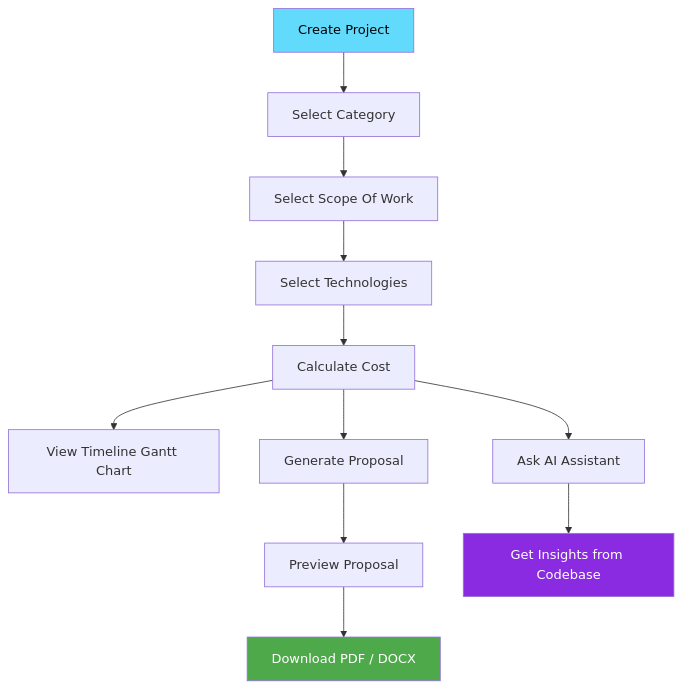
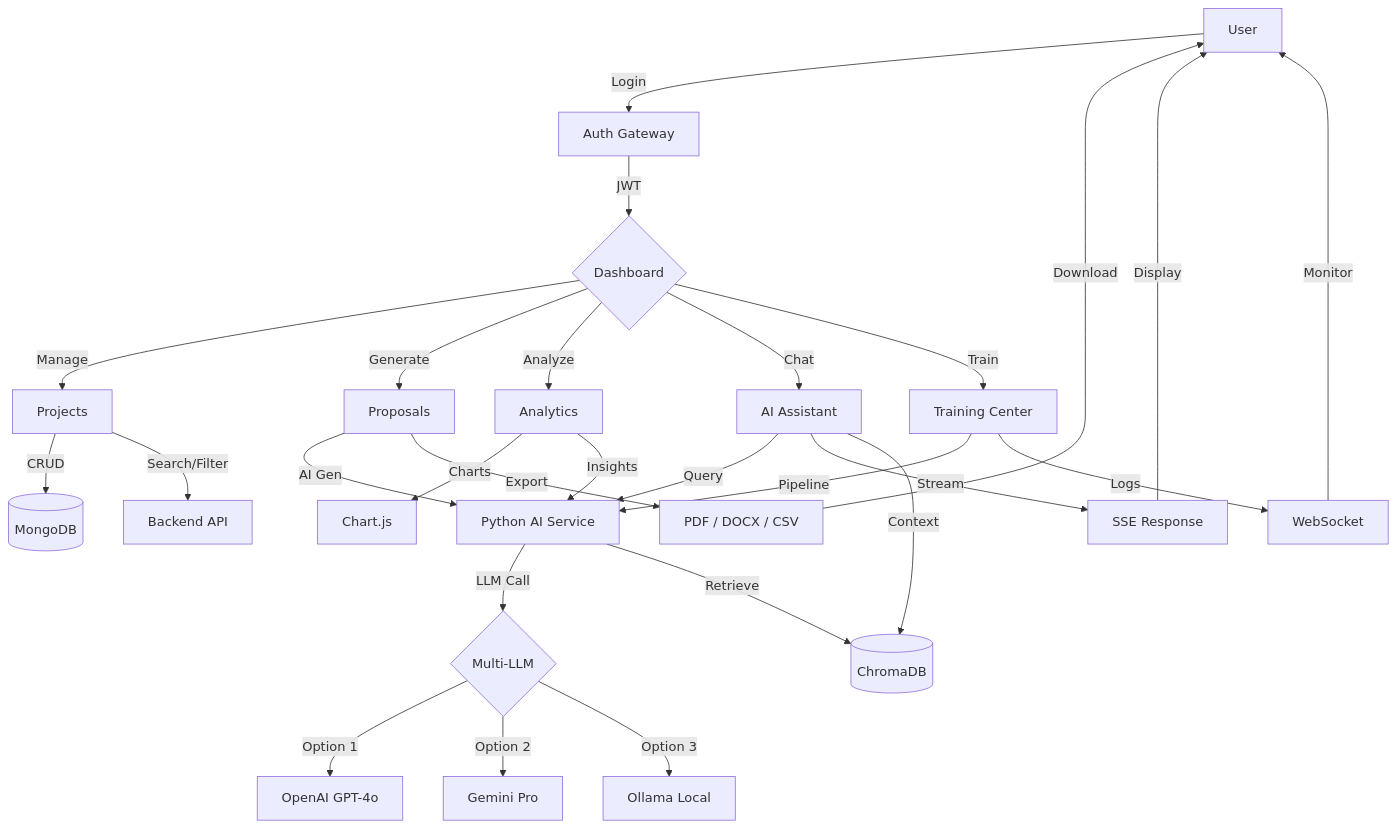
Before and after one commit to Ritesh151/ProManage-AI: the diagram in README.md, drawn with Mermaid. The commit also changed other lines of this file, not shown here.

````diff
--- a/README.md
+++ b/README.md
@@ -828,17 +730,36 @@
 ```mermaid
-graph TD;
-    A[Create Project] --> B[Select Category]
-    B --> C[Select Scope Of Work]
-    C --> D[Select Technologies]
-    D --> E[Calculate Cost]
-    E --> F[View Timeline Gantt Chart]
-    E --> G[Generate Proposal]
-    G --> H[Preview Proposal]
-    H --> I[Download PDF / DOCX]
-    E --> J[Ask AI Assistant]
-    J --> K[Get Insights from Codebase]
-
-    style A fill:#61DAFB,color:#000
-    style I fill:#4EA94B,color:#fff
-    style K fill:#8A2BE2,color:#fff
+graph TD
+    A[User] -->|Login| B[Auth Gateway]
+    B -->|JWT| C{Dashboard}
+    
+    C -->|Manage| D[Projects]
+    C -->|Generate| E[Proposals]
+    C -->|Analyze| F[Analytics]
+    C -->|Chat| G[AI Assistant]
+    C -->|Train| H[Training Center]
+    
+    D -->|CRUD| I[(MongoDB)]
+    D -->|Search/Filter| J[Backend API]
+    
+    E -->|AI Gen| K[Python AI Service]
+    K -->|LLM Call| L{Multi-LLM}
+    L -->|Option 1| M[OpenAI GPT-4o]
+    L -->|Option 2| N[Gemini Pro]
+    L -->|Option 3| O[Ollama Local]
+    K -->|Retrieve| P[(ChromaDB)]
+    E -->|Export| Q[PDF / DOCX / CSV]
+    
+    F -->|Charts| R[Chart.js]
+    F -->|Insights| K
+    
+    G -->|Query| K
+    G -->|Stream| S[SSE Response]
+    G -->|Context| P
+    
+    H -->|Pipeline| K
+    H -->|Logs| T[WebSocket]
+    
+    Q -->|Download| A
+    S -->|Display| A
+    T -->|Monitor| A
 ```
````
